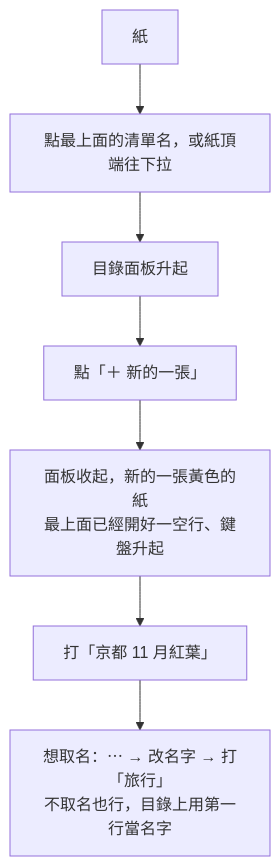
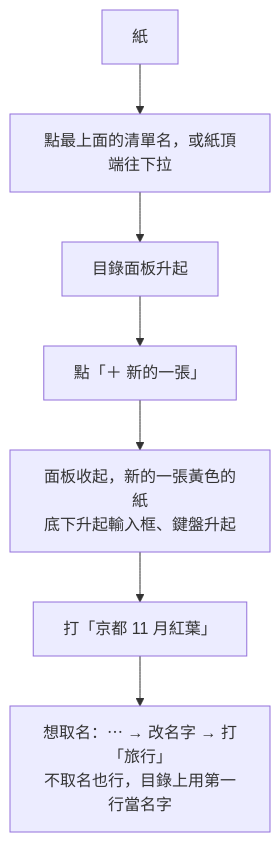
One commit to domyweb666/qieji-app changed the second of 7 diagrams in .uiux/02-流程-暫定.md. Above: the diagram before and after it, drawn with Mermaid. The commit also changed other lines of this file and 12 other files, not shown here.

````diff
--- a/.uiux/02-流程-暫定.md
+++ b/.uiux/02-流程-暫定.md
@@ -57,9 +57,9 @@
 ```mermaid
 flowchart TD
   A[紙] --> B[點最上面的清單名，或紙頂端往下拉]
   B --> C[目錄面板升起]
   C --> D[點「＋ 新的一張」]
-  D --> E[面板收起，新的一張黃色的紙<br>最上面已經開好一空行、鍵盤升起]
+  D --> E[面板收起，新的一張黃色的紙<br>底下升起輸入框、鍵盤升起]
   E --> F[打「京都 11 月紅葉」]
   F --> G[想取名：⋯ → 改名字 → 打「旅行」<br>不取名也行，目錄上用第一行當名字]
 ```
````
